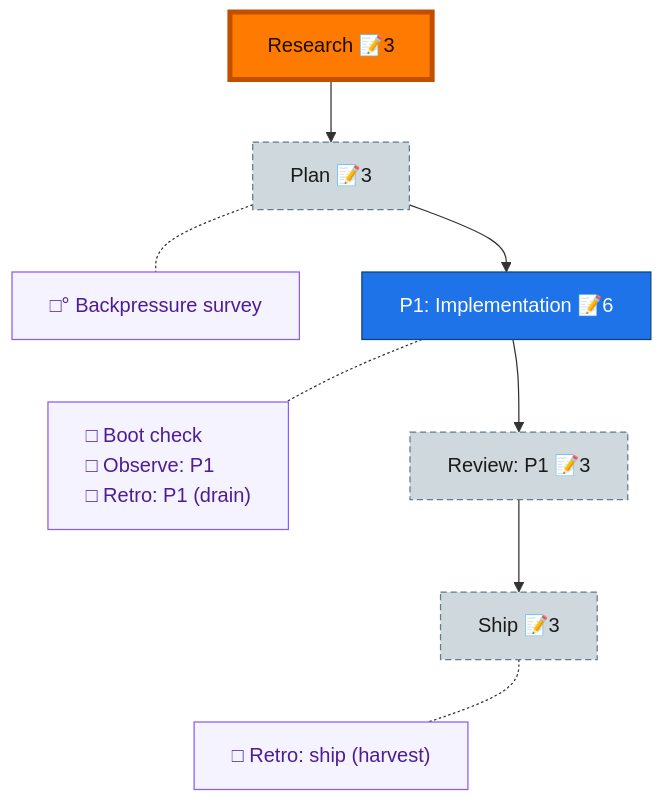
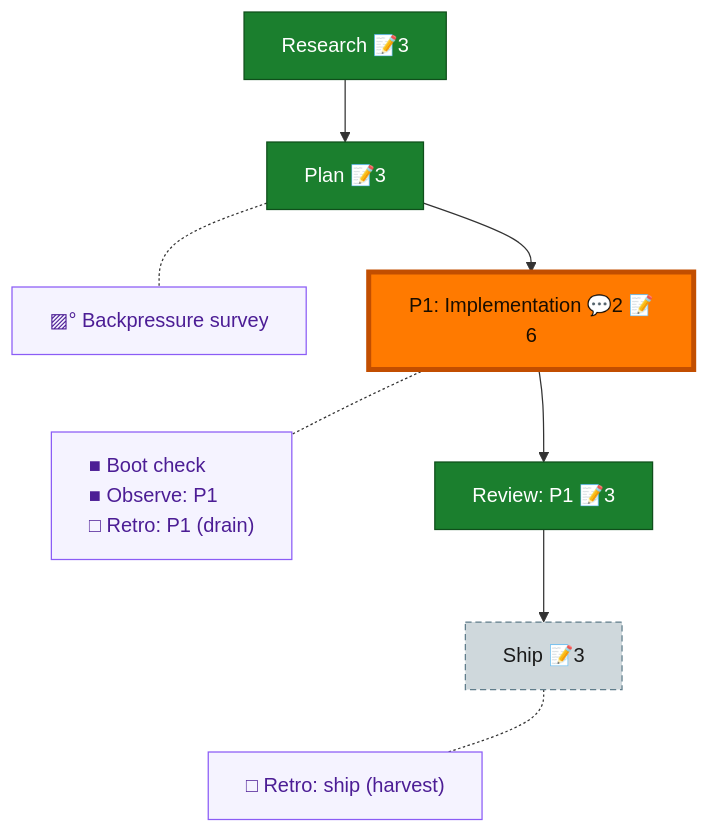
One commit to vaughanknight/pij changed the diagram in docs/plans/036-pij-orchestration-baton/the-flow.md. Above: the diagram before and after it, drawn with Mermaid. The commit also changed other lines of this file and 32 other files, not shown here.

First line of the commit message:
feat(pij): pij orchestration baton — registry-backed lease primitive (plan 036 phase 1)

````diff
--- a/docs/plans/036-pij-orchestration-baton/the-flow.md
+++ b/docs/plans/036-pij-orchestration-baton/the-flow.md
@@ -8,29 +8,29 @@
 ```mermaid
 flowchart TD
-    research["Research 📝3"]:::wip
-    plan["Plan 📝3"]:::assumed
-    phase_1["P1: Implementation 📝6"]:::known
-    review_1["Review: P1 📝3"]:::assumed
+    research["Research 📝3"]:::done
+    plan["Plan 📝3"]:::done
+    phase_1["P1: Implementation 💬2 📝6"]:::wip
+    review_1["Review: P1 📝3"]:::done
     ship["Ship 📝3"]:::assumed
 
     research --> plan --> phase_1 --> review_1 --> ship
 
-    planC["□° Backpressure survey"]:::chore
-    phase_1C["□ Boot check<br/>□ Observe: P1<br/>□ Retro: P1 (drain)"]:::chore
+    planC["▨° Backpressure survey"]:::chore
+    phase_1C["■ Boot check<br/>■ Observe: P1<br/>□ Retro: P1 (drain)"]:::chore
     shipC["□ Retro: ship (harvest)"]:::chore
 
     %% invisible chain holds the gutter boxes in their own column
     planC ~~~ phase_1C ~~~ shipC
 
     %% dotted links pull each gutter box beside its node
     plan -.- planC
     phase_1 -.- phase_1C
     ship -.- shipC
 
+    classDef done fill:#1B7F2E,stroke:#0F4F1B,color:#fff;
     classDef wip fill:#43C04A,stroke:#1B7F2E,color:#04210A;
-    classDef known fill:#1E73E8,stroke:#0D3F86,color:#fff;
     classDef assumed fill:#CFD8DC,stroke:#607D8B,color:#1a1a1a,stroke-dasharray:5 3;
     classDef chore fill:#f5f3ff,stroke:#8b5cf6,color:#4c1d95,text-align:left;
     classDef current fill:#FF7A00,stroke:#C24E00,color:#1a0e00,stroke-width:4px;
-    class research current;
+    class phase_1 current;
 ```
````
